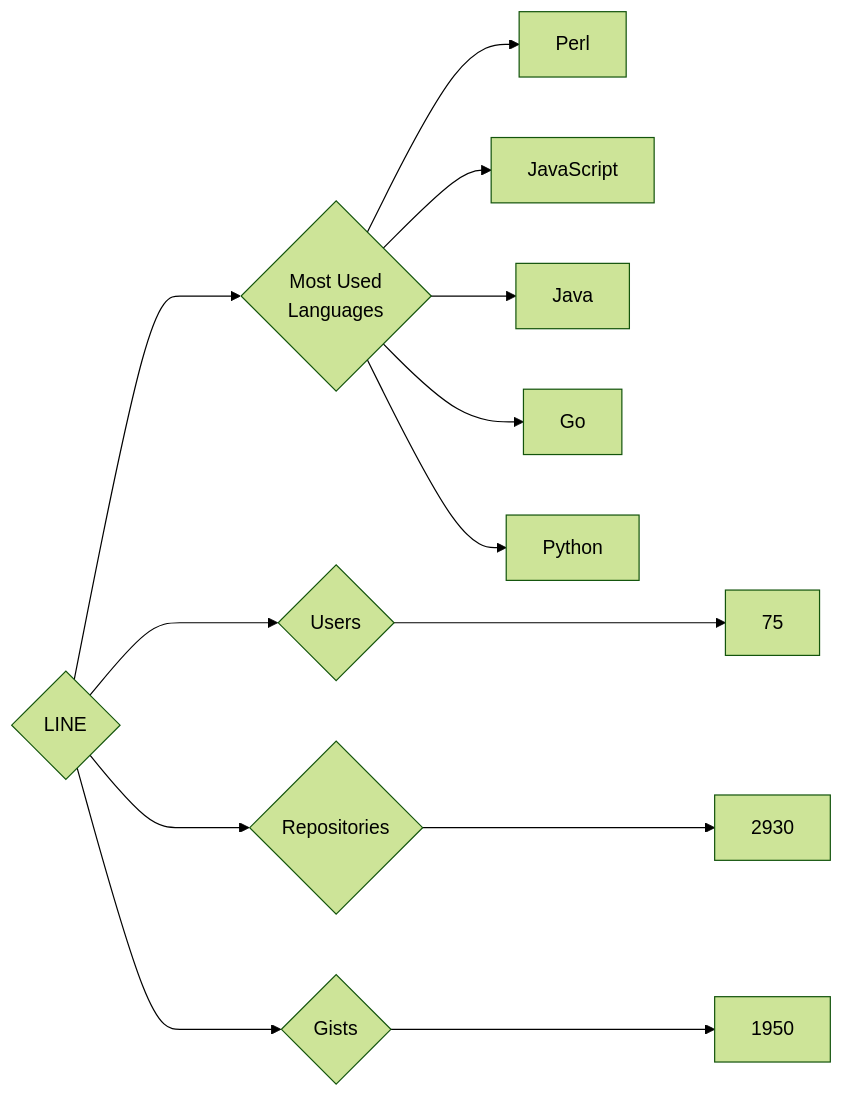
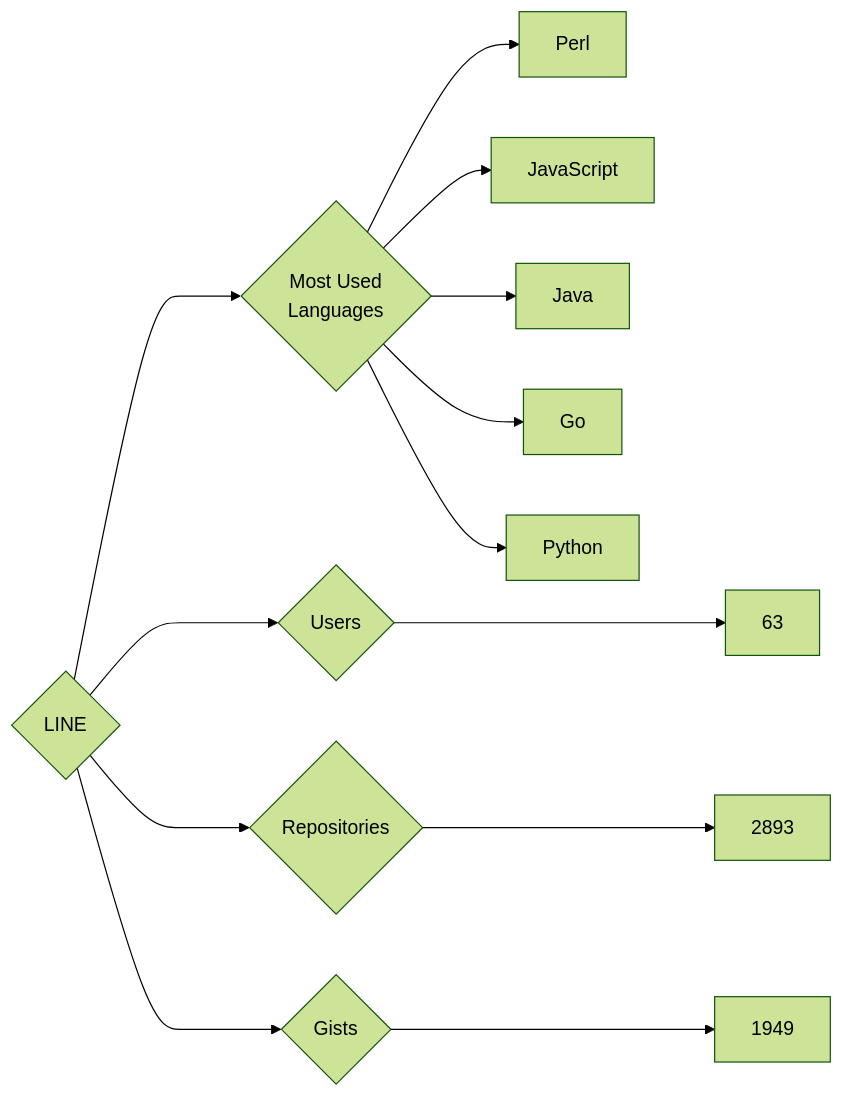
One commit to trickest/insiders changed the diagram in targets/LINE/README.md. Above: the diagram before and after it, drawn with Mermaid (forest theme). The commit also changed 787 other files, not shown here.

````diff
--- a/targets/LINE/README.md
+++ b/targets/LINE/README.md
@@ -3,13 +3,13 @@
 ```mermaid
 graph LR
 COMPANY_NAME{LINE}
-COMPANY_NAME ---> U{Users} ---> UN[75]
-COMPANY_NAME ---> R{Repositories} ---> RN[2930]
-COMPANY_NAME ---> G{Gists} ---> GN[1950]
+COMPANY_NAME ---> U{Users} ---> UN[63]
+COMPANY_NAME ---> R{Repositories} ---> RN[2893]
+COMPANY_NAME ---> G{Gists} ---> GN[1949]
 COMPANY_NAME ---> ML{Most Used<br>Languages}
 ML --> Perl[Perl]
 ML --> JavaScript[JavaScript]
 ML --> Java[Java]
 ML --> Go[Go]
 ML --> Python[Python]
 ```
````
